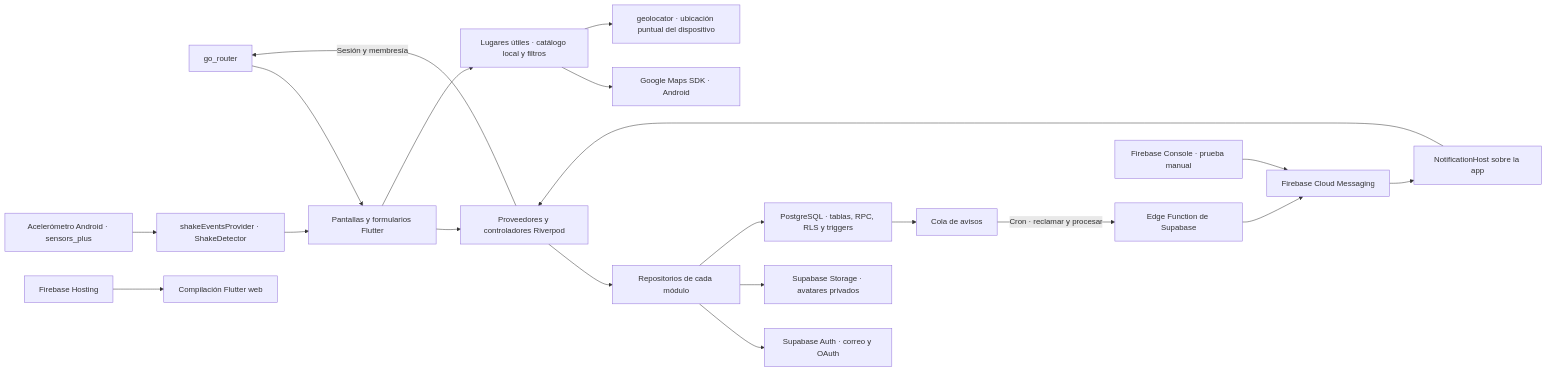
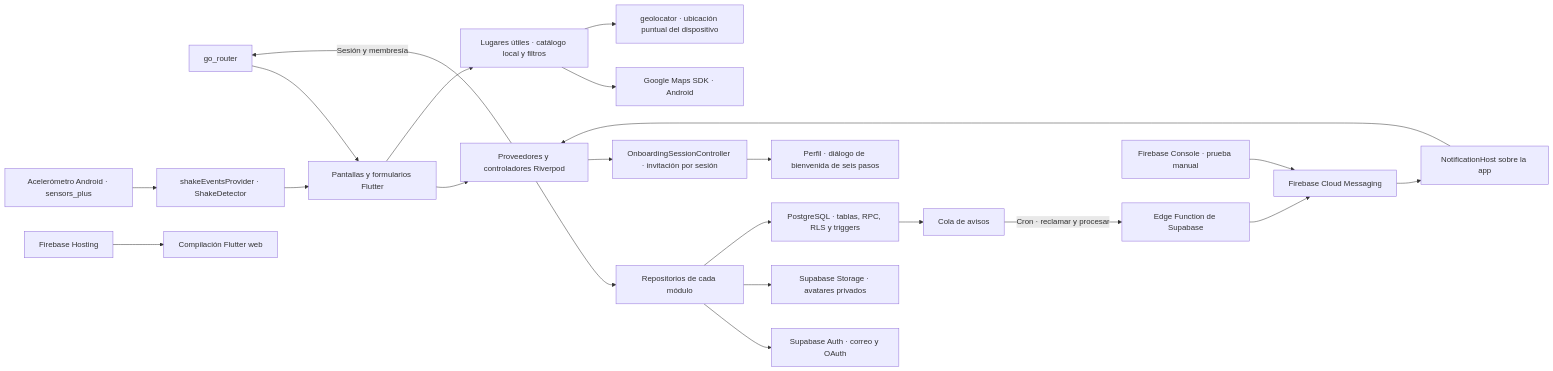
One commit to EMSiiU/casa_en_juego changed the first of 14 diagrams in docs/MANUAL.md. Above: the diagram before and after it, drawn with Mermaid. The commit also changed other lines of this file and 12 other files, not shown here.

````diff
--- a/docs/MANUAL.md
+++ b/docs/MANUAL.md
@@ -22,22 +22,24 @@
 ```mermaid
 flowchart LR
     Router["go_router"] --> UI["Pantallas y formularios Flutter"]
     UI --> State["Proveedores y controladores Riverpod"]
     State --> Repo["Repositorios de cada módulo"]
+    State --> Intro["OnboardingSessionController · invitación por sesión"]
+    Intro --> Welcome["Perfil · diálogo de bienvenida de seis pasos"]
     Sensor["Acelerómetro Android · sensors_plus"] --> Shake["shakeEventsProvider · ShakeDetector"]
     Shake --> UI
     State -->|"Sesión y membresía"| Router
     Repo --> Auth["Supabase Auth · correo y OAuth"]
     Repo --> Storage["Supabase Storage · avatares privados"]
     Repo --> DB["PostgreSQL · tablas, RPC, RLS y triggers"]
     DB --> Queue["Cola de avisos"]
     Queue -->|"Cron · reclamar y procesar"| Edge["Edge Function de Supabase"]
     Edge --> FCM["Firebase Cloud Messaging"]
     Console["Firebase Console · prueba manual"] --> FCM
     FCM --> Host["NotificationHost sobre la app"]
     Host --> State
     Hosting["Firebase Hosting"] --> Web["Compilación Flutter web"]
     UI --> Places["Lugares útiles · catálogo local y filtros"]
     Places --> Maps["Google Maps SDK · Android"]
     Places --> GPS["geolocator · ubicación puntual del dispositivo"]
 ```
````
